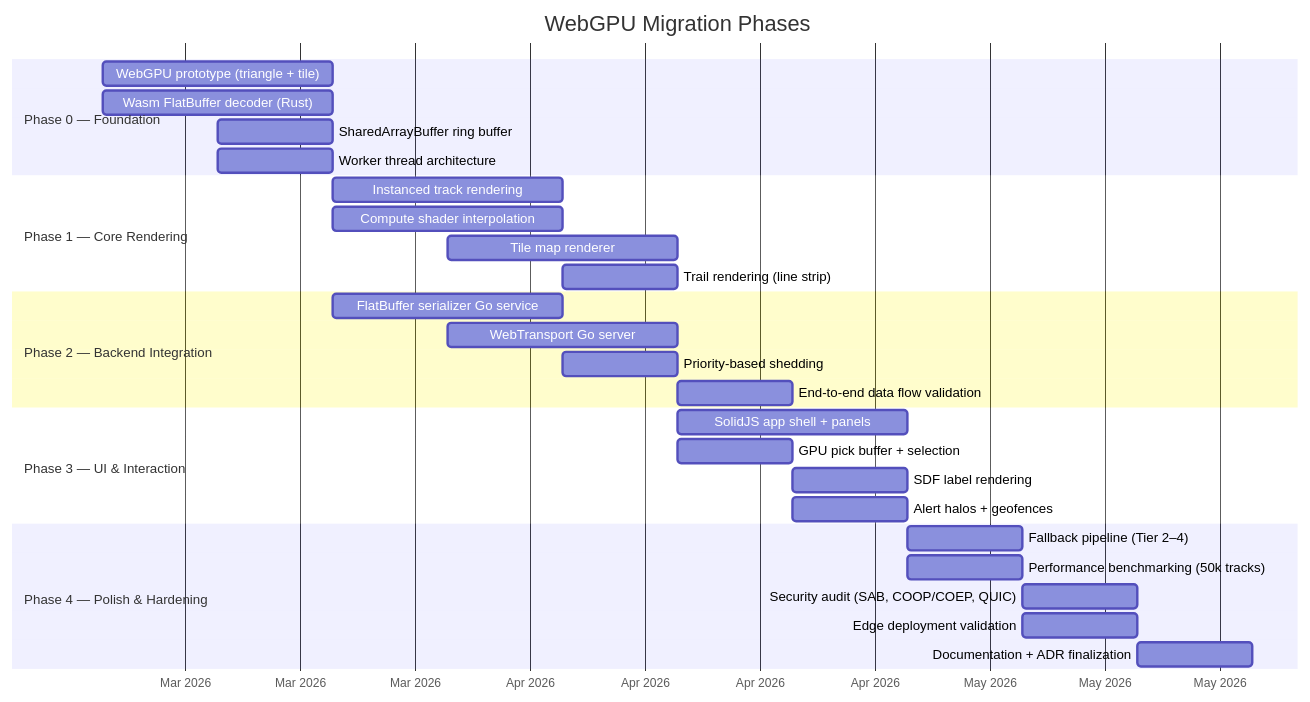
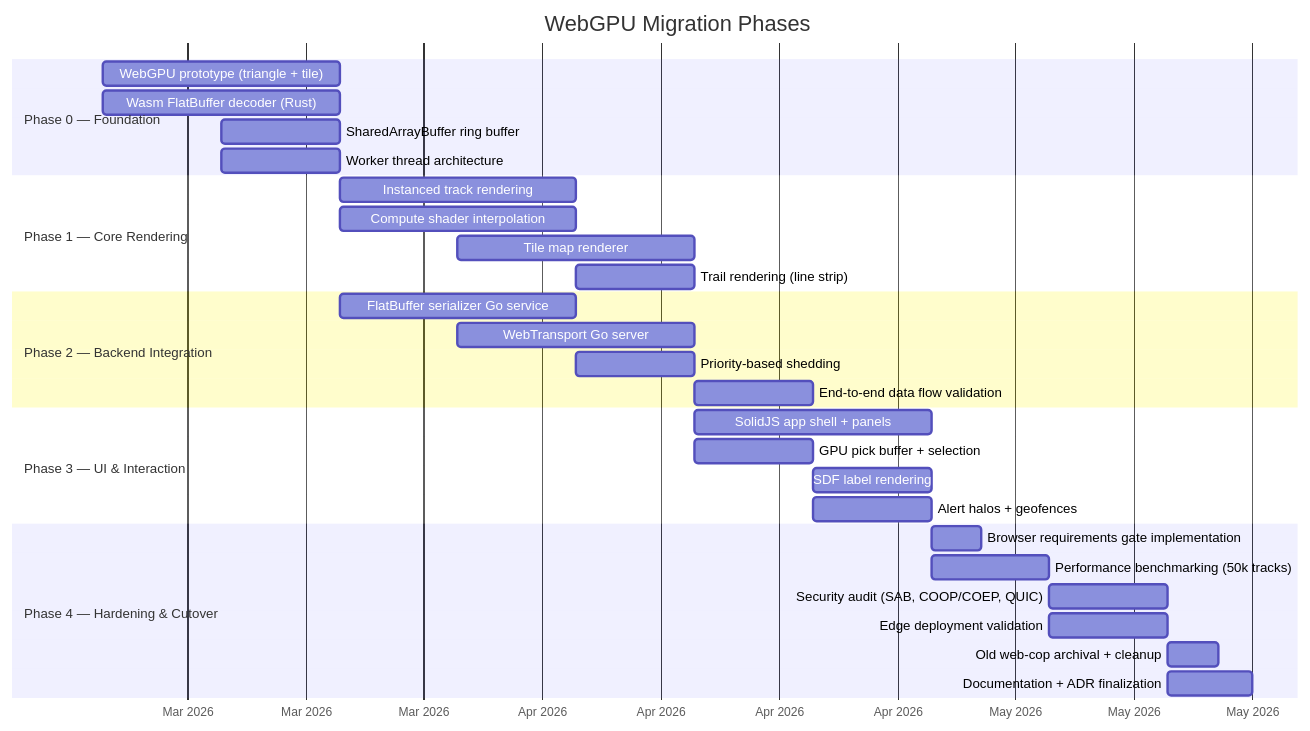
Before and after one commit to arvinddhasmana/rtsa_webgpu: diagram 11 of 11 in docs/architecture/v1/RTSA_WebGPU_Architecture_v1.md, drawn with Mermaid. The commit also changed other lines of this file, not shown here.

Commit message:
Removing Old pipeline (React/MapLibre) references from Architecture.

````diff
--- a/docs/architecture/v1/RTSA_WebGPU_Architecture_v1.md
+++ b/docs/architecture/v1/RTSA_WebGPU_Architecture_v1.md
@@ -1009,37 +1072,38 @@
 ```mermaid
 gantt
     title WebGPU Migration Phases
     dateFormat YYYY-MM-DD
     axisFormat %b %Y
 
     section Phase 0 — Foundation
     WebGPU prototype (triangle + tile)        :p0a, 2026-03-10, 14d
     Wasm FlatBuffer decoder (Rust)            :p0b, 2026-03-10, 14d
     SharedArrayBuffer ring buffer             :p0c, 2026-03-17, 7d
     Worker thread architecture                :p0d, 2026-03-17, 7d
 
     section Phase 1 — Core Rendering
     Instanced track rendering                 :p1a, 2026-03-24, 14d
     Compute shader interpolation              :p1b, 2026-03-24, 14d
     Tile map renderer                         :p1c, 2026-03-31, 14d
     Trail rendering (line strip)              :p1d, 2026-04-07, 7d
 
     section Phase 2 — Backend Integration
     FlatBuffer serializer Go service          :p2a, 2026-03-24, 14d
     WebTransport Go server                    :p2b, 2026-03-31, 14d
     Priority-based shedding                   :p2c, 2026-04-07, 7d
     End-to-end data flow validation           :p2d, 2026-04-14, 7d
 
     section Phase 3 — UI & Interaction
     SolidJS app shell + panels                :p3a, 2026-04-14, 14d
     GPU pick buffer + selection               :p3b, 2026-04-14, 7d
     SDF label rendering                       :p3c, 2026-04-21, 7d
     Alert halos + geofences                   :p3d, 2026-04-21, 7d
 
-    section Phase 4 — Polish & Hardening
-    Fallback pipeline (Tier 2–4)              :p4a, 2026-04-28, 7d
+    section Phase 4 — Hardening & Cutover
+    Browser requirements gate implementation  :p4a, 2026-04-28, 3d
     Performance benchmarking (50k tracks)     :p4b, 2026-04-28, 7d
     Security audit (SAB, COOP/COEP, QUIC)     :p4c, 2026-05-05, 7d
     Edge deployment validation                :p4d, 2026-05-05, 7d
-    Documentation + ADR finalization          :p4e, 2026-05-12, 7d
+    Old web-cop archival + cleanup            :p4e, 2026-05-12, 3d
+    Documentation + ADR finalization          :p4f, 2026-05-12, 5d
 ```
````
